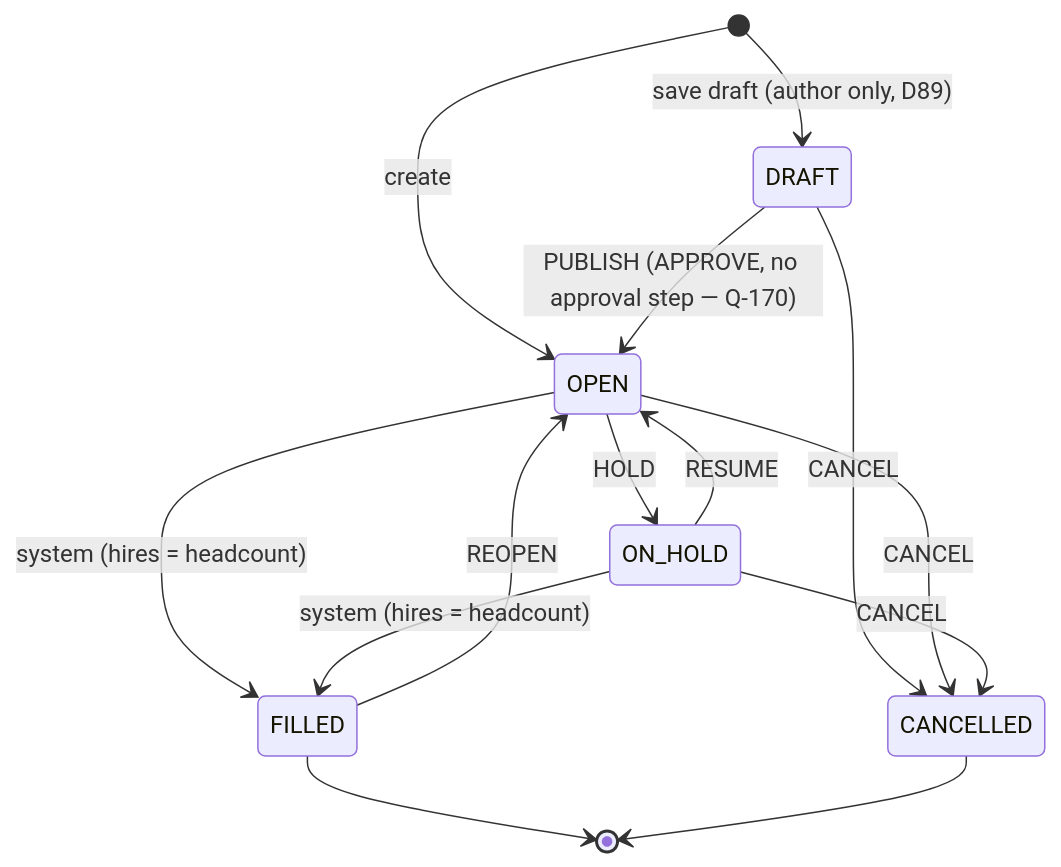
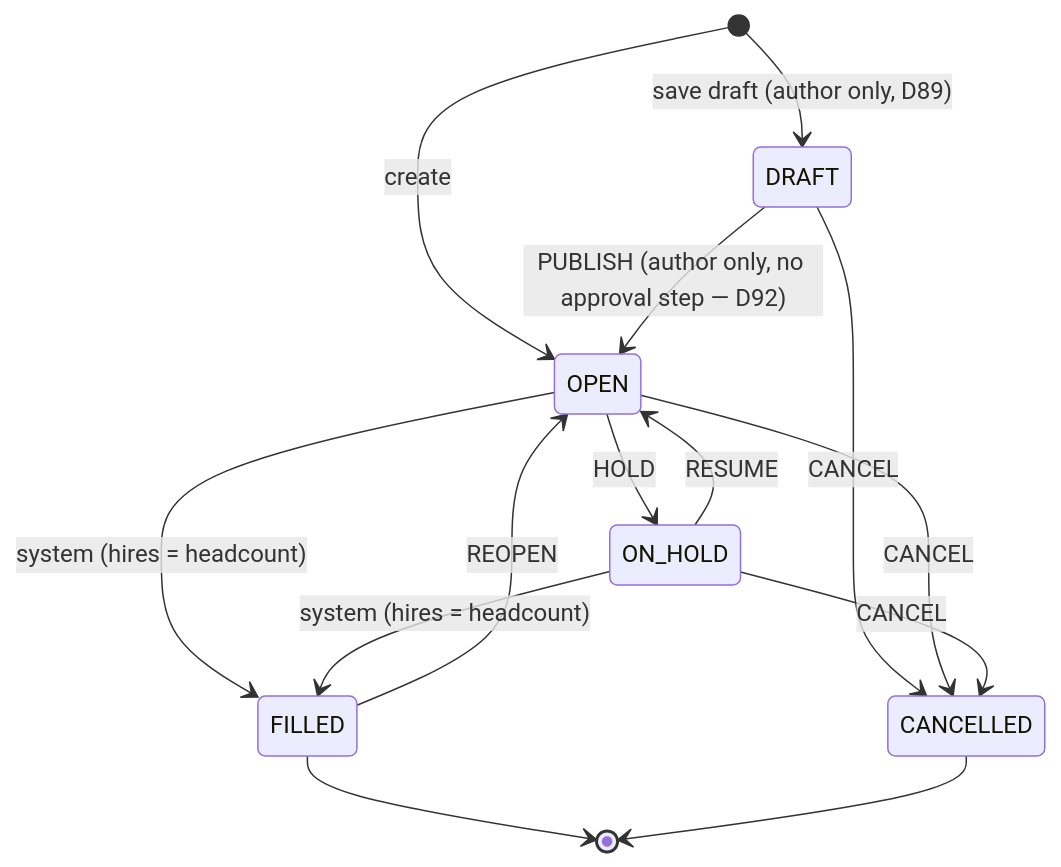
The second of 4 diagrams in docs/pipeline-state-machine.md (tolkyu/rcrt-app), drawn with Mermaid before and after one commit. The commit also changed other lines of this file and 161 other files, not shown here.

````diff
--- a/docs/pipeline-state-machine.md
+++ b/docs/pipeline-state-machine.md
@@ -160,16 +160,16 @@
 ```mermaid
 stateDiagram-v2
     [*] --> DRAFT: save draft (author only, D89)
     [*] --> OPEN: create
-    DRAFT --> OPEN: PUBLISH (APPROVE, no approval step — Q-170)
+    DRAFT --> OPEN: PUBLISH (author only, no approval step — D92)
     DRAFT --> CANCELLED: CANCEL
     OPEN --> ON_HOLD: HOLD
     ON_HOLD --> OPEN: RESUME
     OPEN --> FILLED: system (hires = headcount)
     ON_HOLD --> FILLED: system (hires = headcount)
     OPEN --> CANCELLED: CANCEL
     ON_HOLD --> CANCELLED: CANCEL
     FILLED --> OPEN: REOPEN
     FILLED --> [*]
     CANCELLED --> [*]
 ```
````
